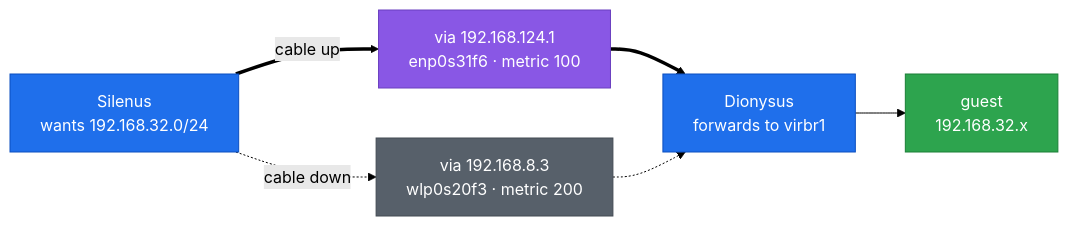
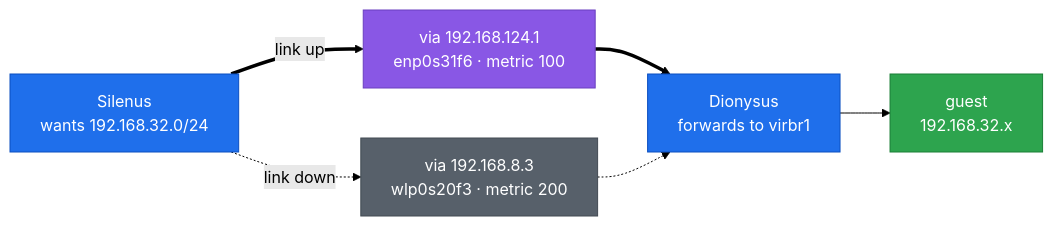
Before and after one commit to bahman-farhadian/linux_terminal_dotfiles_configuration: the second of 2 diagrams in linux_terminal_dotfiles_configuration/Silenus/Silenus.md, drawn with Mermaid (forest theme). The commit also changed other lines of this file and 2 other files, not shown here.

First line of the commit message:
docs: the USB-C part is the NIC, not the cable, and WiFi is capitalised

````diff
--- a/linux_terminal_dotfiles_configuration/Silenus/Silenus.md
+++ b/linux_terminal_dotfiles_configuration/Silenus/Silenus.md
@@ -1170,23 +1177,23 @@
 ```mermaid
 flowchart LR
     S["Silenus<br/>wants 192.168.32.0/24"]
     P["via 192.168.124.1<br/>enp0s31f6 &middot; metric 100"]
     W["via 192.168.8.3<br/>wlp0s20f3 &middot; metric 200"]
     D["Dionysus<br/>forwards to virbr1"]
     G["guest<br/>192.168.32.x"]
 
-    S ==>|cable up| P
-    S -.->|cable down| W
+    S ==>|link up| P
+    S -.->|link down| W
     P ==> D
     W -.-> D
     D --> G
 
     classDef pref fill:#8957e5,stroke:#6a3fbf,color:#ffffff
     classDef fall fill:#57606a,stroke:#424a53,color:#ffffff
     classDef host fill:#1f6feb,stroke:#0b4fc0,color:#ffffff
     classDef guest fill:#2da44e,stroke:#1a7f37,color:#ffffff
     class P pref
     class W fall
     class S,D host
     class G guest
 ```
````
